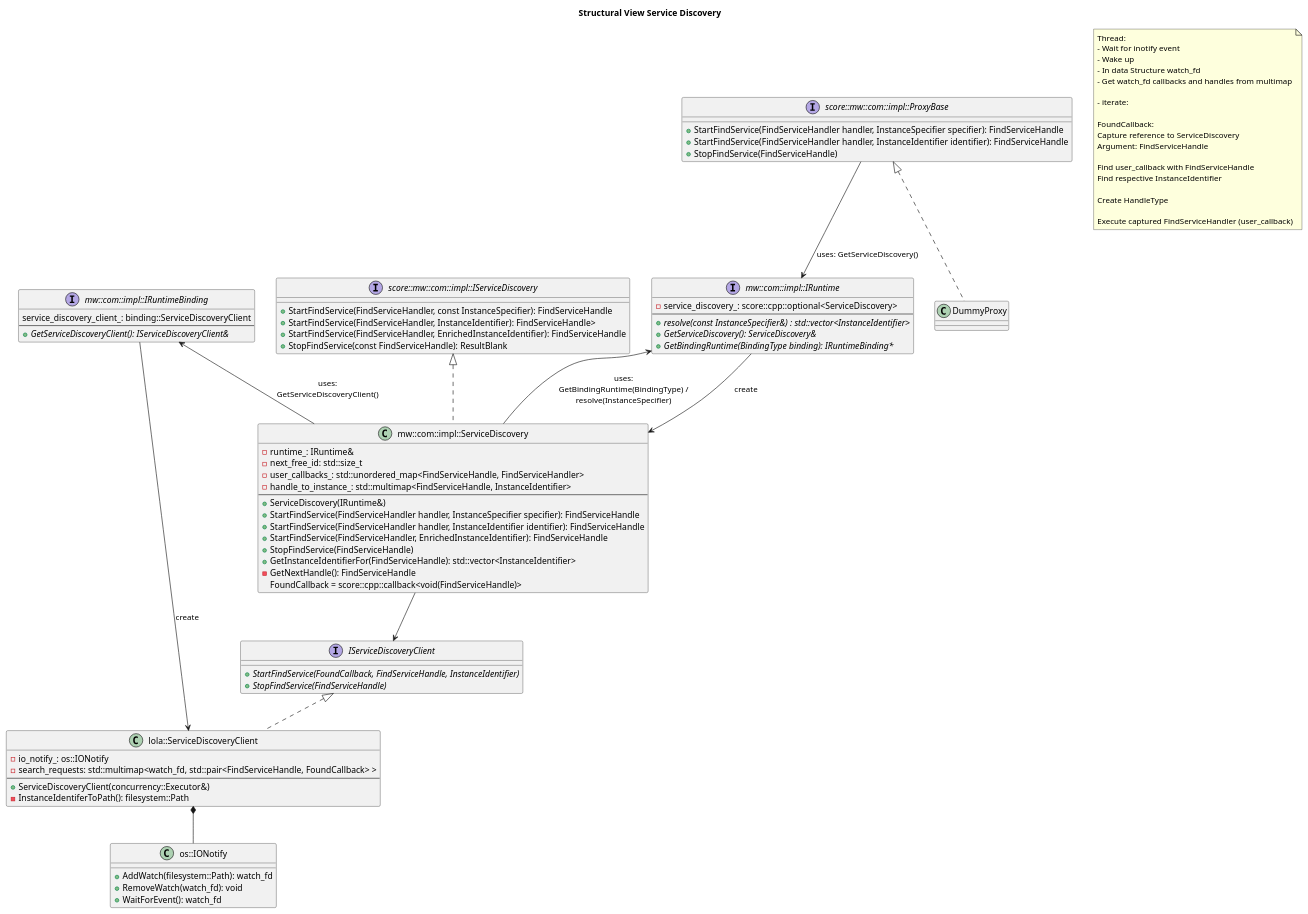
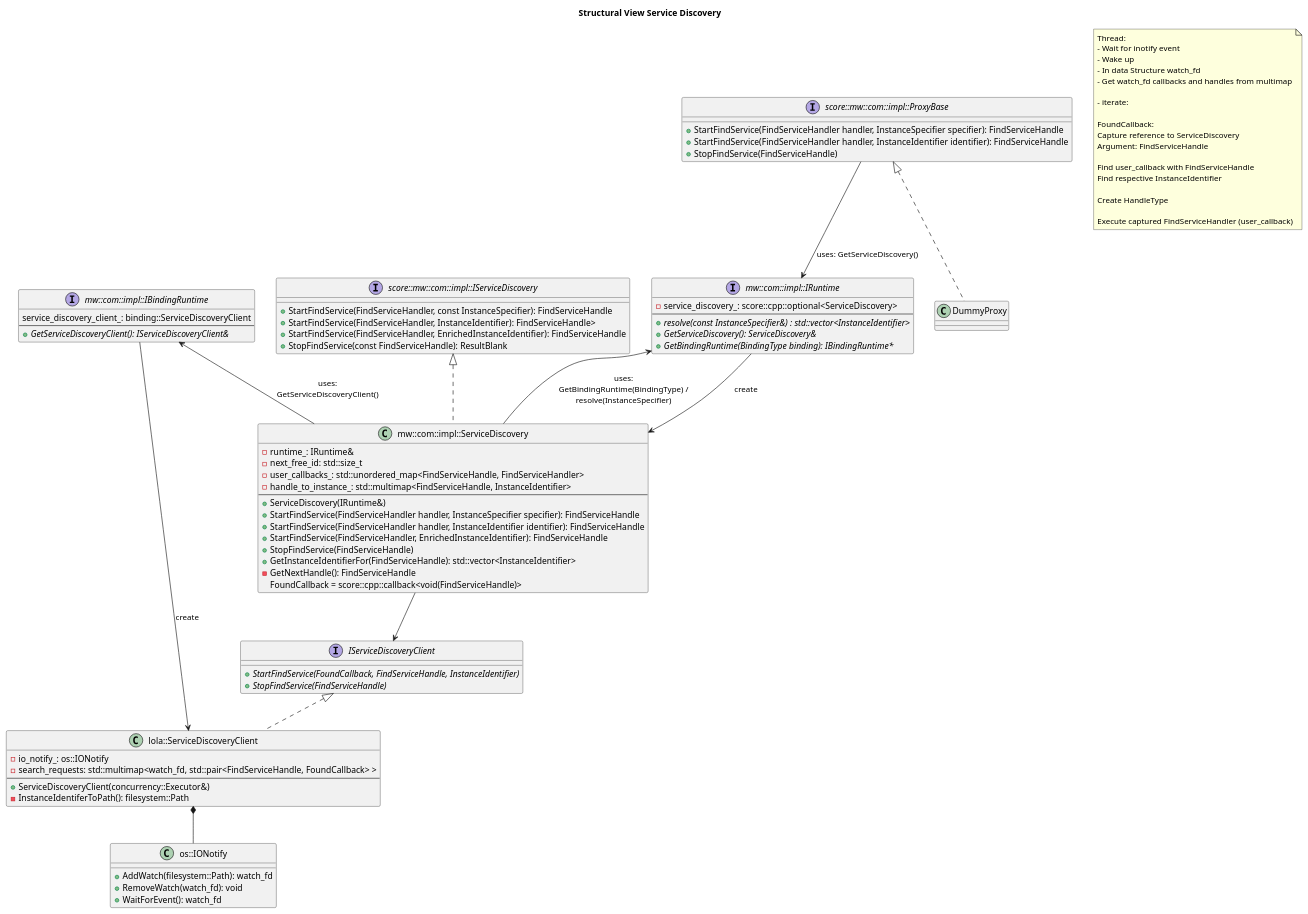
Before and after one commit to qorix-group/communication: the diagram in score/mw/com/design/service_discovery/structural_view.puml, drawn with PlantUML. The commit also changed 23 other files, not shown here.

First line of the commit message:
mw/com: Rename RuntimeBinding to BindingRuntime

```diff
--- a/score/mw/com/design/service_discovery/structural_view.puml
+++ b/score/mw/com/design/service_discovery/structural_view.puml
@@ -1,101 +1,101 @@
 @startuml structural_view_service_discovery
 title "Structural View Service Discovery"
 
 interface "mw::com::impl::IRuntime" as IRuntime {
   - service_discovery_: score::cpp::optional<ServiceDiscovery>
   --
   + {abstract} resolve(const InstanceSpecifier&) : std::vector<InstanceIdentifier>
   + {abstract} GetServiceDiscovery(): ServiceDiscovery&
-  + {abstract} GetBindingRuntime(BindingType binding): IRuntimeBinding*
+  + {abstract} GetBindingRuntime(BindingType binding): IBindingRuntime*
 }
 
 class "mw::com::impl::ServiceDiscovery" as ServiceDiscovery {
   - runtime_: IRuntime&
   - next_free_id: std::size_t
   - user_callbacks_: std::unordered_map<FindServiceHandle, FindServiceHandler>
   - handle_to_instance_: std::multimap<FindServiceHandle, InstanceIdentifier>
   --
   + ServiceDiscovery(IRuntime&)
   + StartFindService(FindServiceHandler handler, InstanceSpecifier specifier): FindServiceHandle
   + StartFindService(FindServiceHandler handler, InstanceIdentifier identifier): FindServiceHandle
   + StartFindService(FindServiceHandler, EnrichedInstanceIdentifier): FindServiceHandle
   + StopFindService(FindServiceHandle)
   + GetInstanceIdentifierFor(FindServiceHandle): std::vector<InstanceIdentifier>
   - GetNextHandle(): FindServiceHandle
   FoundCallback = score::cpp::callback<void(FindServiceHandle)>
 }
 
 class "lola::ServiceDiscoveryClient" as ServiceDiscoveryClient {
   - io_notify_: os::IONotify
   - search_requests: std::multimap<watch_fd, std::pair<FindServiceHandle, FoundCallback> >
   --
   + ServiceDiscoveryClient(concurrency::Executor&)
   - InstanceIdentiferToPath(): filesystem::Path
 }
 
-interface "mw::com::impl::IRuntimeBinding" as IRuntimeBinding {
+interface "mw::com::impl::IBindingRuntime" as IBindingRuntime {
   service_discovery_client_: binding::ServiceDiscoveryClient
   --
   + {abstract} GetServiceDiscoveryClient(): IServiceDiscoveryClient&
 }
 
 interface "score::mw::com::impl::ProxyBase" as ProxyBase {
   + StartFindService(FindServiceHandler handler, InstanceSpecifier specifier): FindServiceHandle
   + StartFindService(FindServiceHandler handler, InstanceIdentifier identifier): FindServiceHandle
   + StopFindService(FindServiceHandle)
 }
 
 interface "IServiceDiscoveryClient" as IServiceDiscoveryClient {
   + {abstract} StartFindService(FoundCallback, FindServiceHandle, InstanceIdentifier)
   + {abstract} StopFindService(FindServiceHandle)
 }
 
 class "DummyProxy" as DummyProxy {
 }
 
 interface "score::mw::com::impl::IServiceDiscovery" as IServiceDiscovery {
   + StartFindService(FindServiceHandler, const InstanceSpecifier): FindServiceHandle
   + StartFindService(FindServiceHandler, InstanceIdentifier): FindServiceHandle>
   + StartFindService(FindServiceHandler, EnrichedInstanceIdentifier): FindServiceHandle
   + StopFindService(const FindServiceHandle): ResultBlank
 }
 
 class "os::IONotify" as IONotify {
   + AddWatch(filesystem::Path): watch_fd
   + RemoveWatch(watch_fd): void
   + WaitForEvent(): watch_fd
 }
 
 IRuntime --> ServiceDiscovery : "create"
 ProxyBase --> IRuntime : "uses: GetServiceDiscovery()"
 IServiceDiscoveryClient <|.. ServiceDiscoveryClient
-IRuntimeBinding --> ServiceDiscoveryClient : "create"
+IBindingRuntime --> ServiceDiscoveryClient : "create"
 ServiceDiscovery --> IServiceDiscoveryClient
 IRuntime <-- ServiceDiscovery : "uses:\nGetBindingRuntime(BindingType) /\nresolve(InstanceSpecifier)"
-IRuntimeBinding <-- ServiceDiscovery : "uses:\nGetServiceDiscoveryClient()"
+IBindingRuntime <-- ServiceDiscovery : "uses:\nGetServiceDiscoveryClient()"
 ServiceDiscoveryClient *-- IONotify
 ProxyBase <|.. DummyProxy
 IServiceDiscovery <|.. ServiceDiscovery
 
 note as N1
 Thread:
 - Wait for inotify event
 - Wake up
 - In data Structure watch_fd
 - Get watch_fd callbacks and handles from multimap
 
 - iterate:
 
 FoundCallback:
 Capture reference to ServiceDiscovery
 Argument: FindServiceHandle
 
 Find user_callback with FindServiceHandle
 Find respective InstanceIdentifier
 
 Create HandleType
 
 Execute captured FindServiceHandler (user_callback)
 end note
 
 @enduml
```
